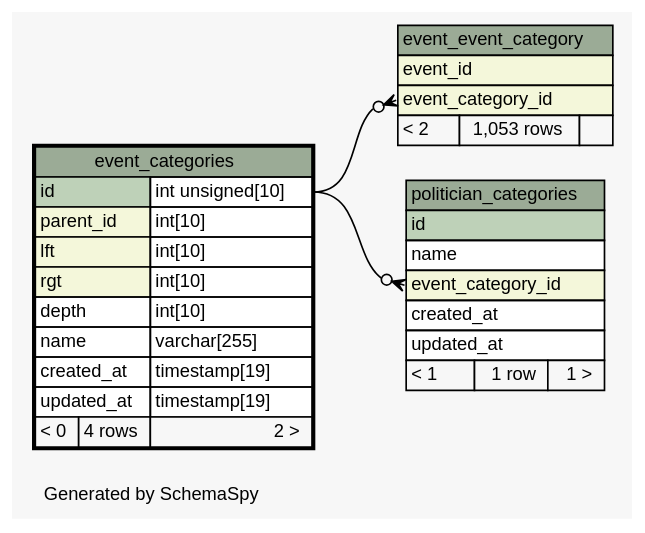
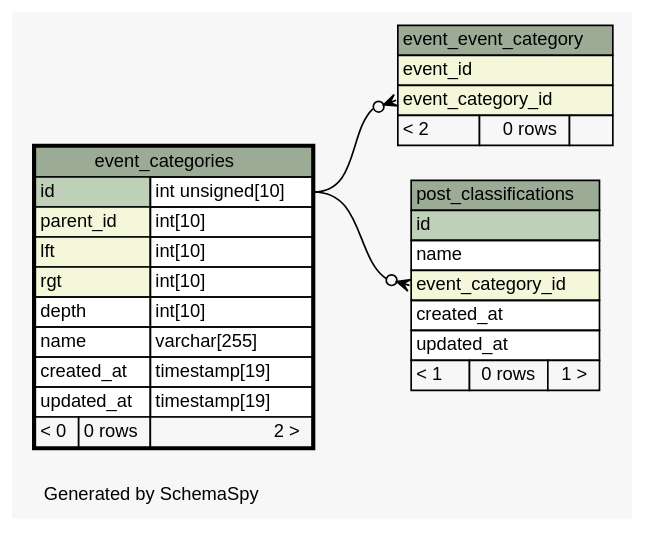
The diagram in docs/diagrams/event_categories.1degree.dot (g0v/poli-radar-api), drawn with Graphviz before and after one commit. The commit also changed 140 other files, not shown here.

```diff
--- a/docs/diagrams/event_categories.1degree.dot
+++ b/docs/diagrams/event_categories.1degree.dot
@@ -1,66 +1,66 @@
 // dot 2.28.0 on Windows 10 10.0
 // SchemaSpy rev 590
 digraph "oneDegreeRelationshipsDiagram" {
   graph [
     rankdir="RL"
     bgcolor="#f7f7f7"
     label="\nGenerated by SchemaSpy"
     labeljust="l"
     nodesep="0.18"
     ranksep="0.46"
     fontname="Helvetica"
     fontsize="11"
   ];
   node [
     fontname="Helvetica"
     fontsize="11"
     shape="plaintext"
   ];
   edge [
     arrowsize="0.8"
   ];
   "event_event_category":"event_category_id":w -> "event_categories":"id.type":e [arrowhead=none dir=back arrowtail=crowodot];
-  "politician_categories":"event_category_id":w -> "event_categories":"id.type":e [arrowhead=none dir=back arrowtail=crowodot];
+  "post_classifications":"event_category_id":w -> "event_categories":"id.type":e [arrowhead=none dir=back arrowtail=crowodot];
   "event_categories" [
     label=<
     <TABLE BORDER="2" CELLBORDER="1" CELLSPACING="0" BGCOLOR="#ffffff">
       <TR><TD COLSPAN="3" BGCOLOR="#9bab96" ALIGN="CENTER">event_categories</TD></TR>
       <TR><TD PORT="id" COLSPAN="2" BGCOLOR="#bed1b8" ALIGN="LEFT">id</TD><TD PORT="id.type" ALIGN="LEFT">int unsigned[10]</TD></TR>
       <TR><TD PORT="parent_id" COLSPAN="2" BGCOLOR="#f4f7da" ALIGN="LEFT">parent_id</TD><TD PORT="parent_id.type" ALIGN="LEFT">int[10]</TD></TR>
       <TR><TD PORT="lft" COLSPAN="2" BGCOLOR="#f4f7da" ALIGN="LEFT">lft</TD><TD PORT="lft.type" ALIGN="LEFT">int[10]</TD></TR>
       <TR><TD PORT="rgt" COLSPAN="2" BGCOLOR="#f4f7da" ALIGN="LEFT">rgt</TD><TD PORT="rgt.type" ALIGN="LEFT">int[10]</TD></TR>
       <TR><TD PORT="depth" COLSPAN="2" ALIGN="LEFT">depth</TD><TD PORT="depth.type" ALIGN="LEFT">int[10]</TD></TR>
       <TR><TD PORT="name" COLSPAN="2" ALIGN="LEFT">name</TD><TD PORT="name.type" ALIGN="LEFT">varchar[255]</TD></TR>
       <TR><TD PORT="created_at" COLSPAN="2" ALIGN="LEFT">created_at</TD><TD PORT="created_at.type" ALIGN="LEFT">timestamp[19]</TD></TR>
       <TR><TD PORT="updated_at" COLSPAN="2" ALIGN="LEFT">updated_at</TD><TD PORT="updated_at.type" ALIGN="LEFT">timestamp[19]</TD></TR>
-      <TR><TD ALIGN="LEFT" BGCOLOR="#f7f7f7">&lt; 0</TD><TD ALIGN="RIGHT" BGCOLOR="#f7f7f7">4 rows</TD><TD ALIGN="RIGHT" BGCOLOR="#f7f7f7">2 &gt;</TD></TR>
+      <TR><TD ALIGN="LEFT" BGCOLOR="#f7f7f7">&lt; 0</TD><TD ALIGN="RIGHT" BGCOLOR="#f7f7f7">0 rows</TD><TD ALIGN="RIGHT" BGCOLOR="#f7f7f7">2 &gt;</TD></TR>
     </TABLE>>
     URL="event_categories.html"
     tooltip="event_categories"
   ];
   "event_event_category" [
     label=<
     <TABLE BORDER="0" CELLBORDER="1" CELLSPACING="0" BGCOLOR="#ffffff">
       <TR><TD COLSPAN="3" BGCOLOR="#9bab96" ALIGN="CENTER">event_event_category</TD></TR>
       <TR><TD PORT="event_id" COLSPAN="3" BGCOLOR="#f4f7da" ALIGN="LEFT">event_id</TD></TR>
       <TR><TD PORT="event_category_id" COLSPAN="3" BGCOLOR="#f4f7da" ALIGN="LEFT">event_category_id</TD></TR>
-      <TR><TD ALIGN="LEFT" BGCOLOR="#f7f7f7">&lt; 2</TD><TD ALIGN="RIGHT" BGCOLOR="#f7f7f7">1,053 rows</TD><TD ALIGN="RIGHT" BGCOLOR="#f7f7f7">  </TD></TR>
+      <TR><TD ALIGN="LEFT" BGCOLOR="#f7f7f7">&lt; 2</TD><TD ALIGN="RIGHT" BGCOLOR="#f7f7f7">0 rows</TD><TD ALIGN="RIGHT" BGCOLOR="#f7f7f7">  </TD></TR>
     </TABLE>>
     URL="event_event_category.html"
     tooltip="event_event_category"
   ];
-  "politician_categories" [
+  "post_classifications" [
     label=<
     <TABLE BORDER="0" CELLBORDER="1" CELLSPACING="0" BGCOLOR="#ffffff">
-      <TR><TD COLSPAN="3" BGCOLOR="#9bab96" ALIGN="CENTER">politician_categories</TD></TR>
+      <TR><TD COLSPAN="3" BGCOLOR="#9bab96" ALIGN="CENTER">post_classifications</TD></TR>
       <TR><TD PORT="id" COLSPAN="3" BGCOLOR="#bed1b8" ALIGN="LEFT">id</TD></TR>
       <TR><TD PORT="name" COLSPAN="3" ALIGN="LEFT">name</TD></TR>
       <TR><TD PORT="event_category_id" COLSPAN="3" BGCOLOR="#f4f7da" ALIGN="LEFT">event_category_id</TD></TR>
       <TR><TD PORT="created_at" COLSPAN="3" ALIGN="LEFT">created_at</TD></TR>
       <TR><TD PORT="updated_at" COLSPAN="3" ALIGN="LEFT">updated_at</TD></TR>
-      <TR><TD ALIGN="LEFT" BGCOLOR="#f7f7f7">&lt; 1</TD><TD ALIGN="RIGHT" BGCOLOR="#f7f7f7">1 row</TD><TD ALIGN="RIGHT" BGCOLOR="#f7f7f7">1 &gt;</TD></TR>
+      <TR><TD ALIGN="LEFT" BGCOLOR="#f7f7f7">&lt; 1</TD><TD ALIGN="RIGHT" BGCOLOR="#f7f7f7">0 rows</TD><TD ALIGN="RIGHT" BGCOLOR="#f7f7f7">1 &gt;</TD></TR>
     </TABLE>>
-    URL="politician_categories.html"
-    tooltip="politician_categories"
+    URL="post_classifications.html"
+    tooltip="post_classifications"
   ];
 }
```
